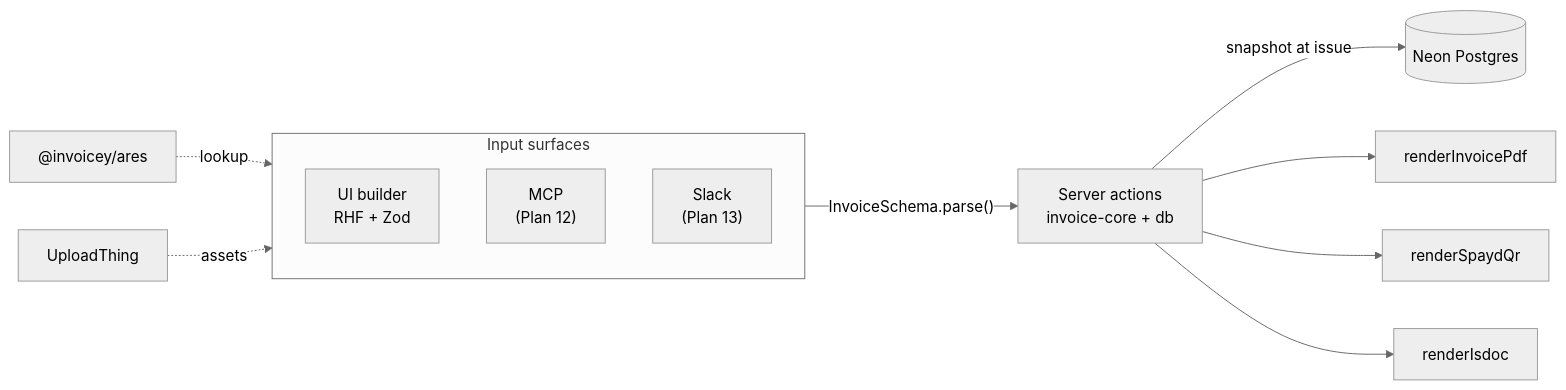
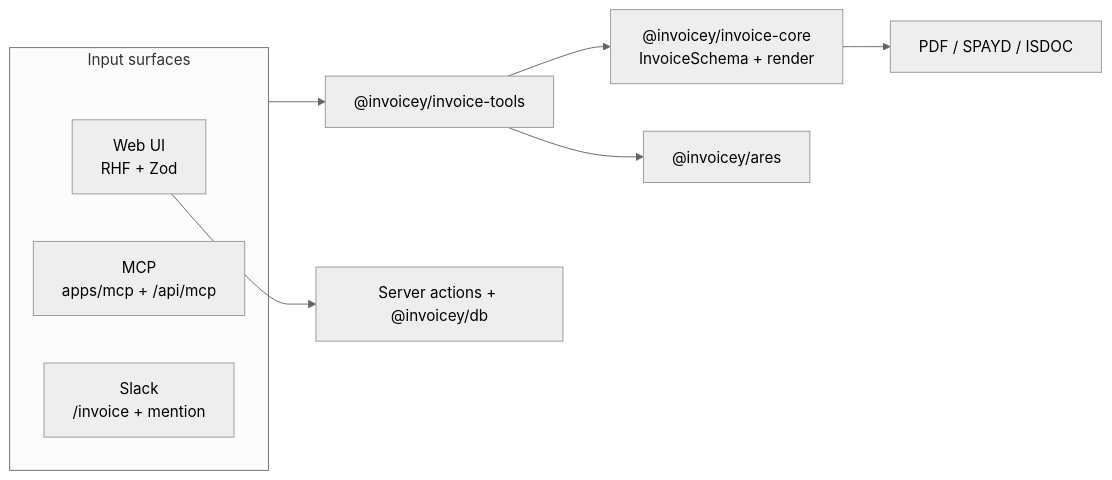
Before and after one commit to filipditrich/inveoiceyai: the first of 2 diagrams in README.md, drawn with Mermaid (neutral theme). The commit also changed other lines of this file and 10 other files, not shown here.

First line of the commit message:
docs(docs): align README and living docs with MCP and tools layout

````diff
--- a/README.md
+++ b/README.md
@@ -71,18 +76,14 @@
 ```mermaid
 flowchart LR
     subgraph Surfaces [Input surfaces]
-        UI["UI builder<br/>RHF + Zod"]
-        MCP["MCP<br/>(Plan 12)"]
-        Slack["Slack<br/>(Plan 13)"]
+        UI["Web UI<br/>RHF + Zod"]
+        MCP["MCP<br/>apps/mcp + /api/mcp"]
+        Slack["Slack<br/>/invoice + mention"]
     end
 
-    Surfaces -->|"InvoiceSchema.parse()"| SA["Server actions<br/>invoice-core + db"]
-    SA -->|"snapshot at issue"| DB[("Neon Postgres")]
-
-    SA --> PDF["renderInvoicePdf"]
-    SA --> QR["renderSpaydQr"]
-    SA --> ISDOC["renderIsdoc"]
-
-    Ares["@invoicey/ares"] -.lookup.-> Surfaces
-    UT["UploadThing"] -.assets.-> Surfaces
+    Surfaces --> Tools["@invoicey/invoice-tools"]
+    Tools --> Core["@invoicey/invoice-core<br/>InvoiceSchema + render"]
+    Tools --> Ares["@invoicey/ares"]
+    UI --> SA["Server actions + @invoicey/db"]
+    Core --> PDF["PDF / SPAYD / ISDOC"]
 ```
````
